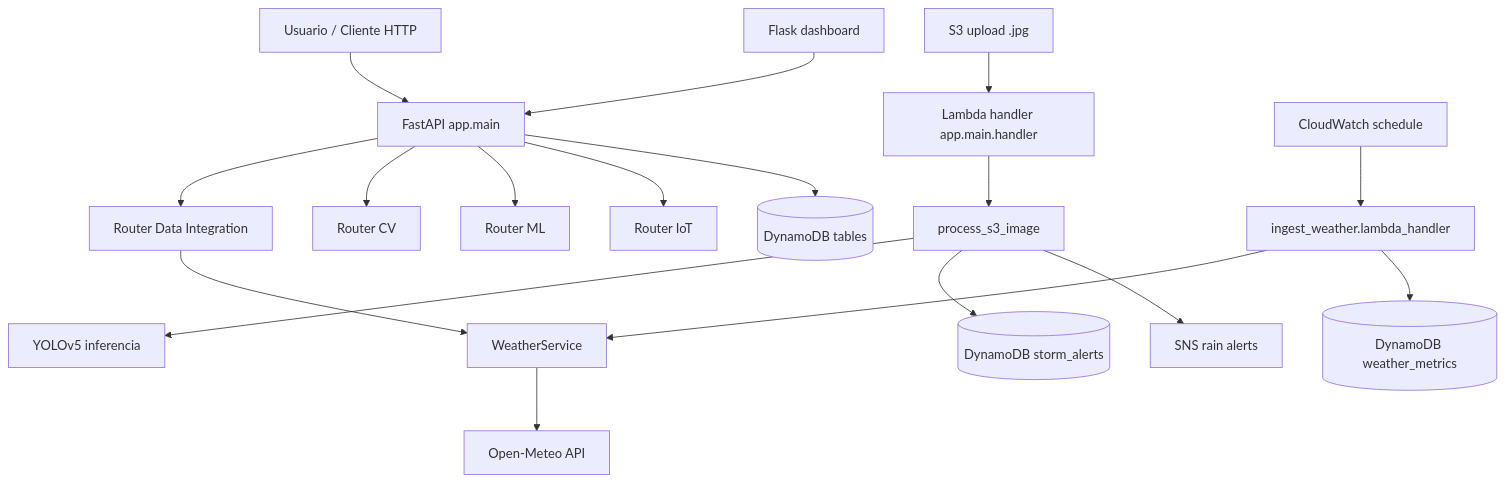
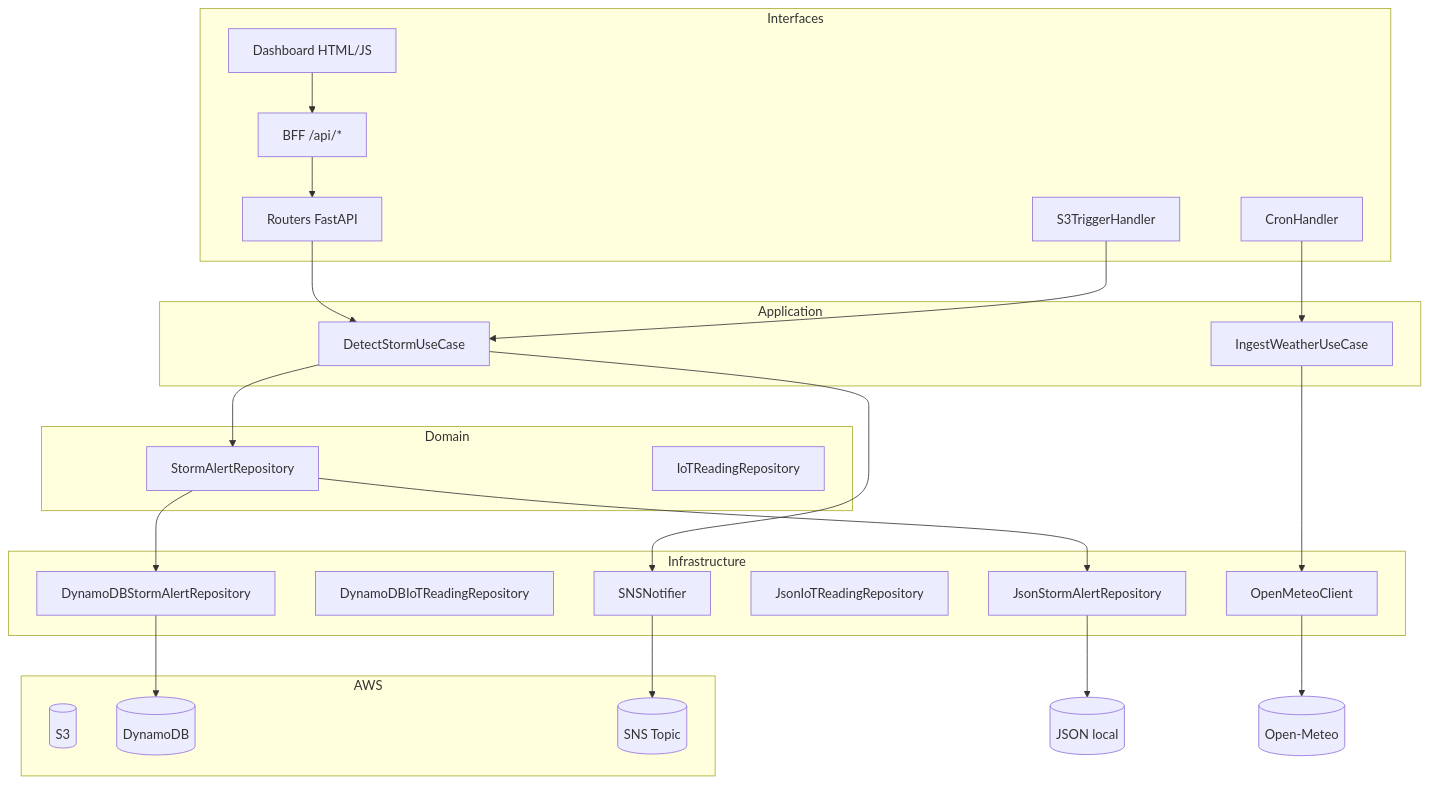
The diagram in .specs/codebase/ARCHITECTURE.md (Grupo-S-faculdade-FIAP/global-solution-2s), drawn with Mermaid before and after one commit. The commit also changed other lines of this file and 29 other files, not shown here.

````diff
--- a/.specs/codebase/ARCHITECTURE.md
+++ b/.specs/codebase/ARCHITECTURE.md
@@ -16,24 +86,46 @@
 ```mermaid
-graph TD
-    U[Usuario / Cliente HTTP] --> API[FastAPI app.main]
-    API --> R1[Router Data Integration]
-    API --> R2[Router CV]
-    API --> R3[Router ML]
-    API --> R4[Router IoT]
+flowchart TB
+    subgraph Interfaces
+        R[Routers FastAPI]
+        BFF[BFF /api/*]
+        S3H[S3TriggerHandler]
+        CRON[CronHandler]
+        UI[Dashboard HTML/JS]
+    end
 
-    R1 --> WM[WeatherService]
-    WM --> OM[Open-Meteo API]
+    subgraph Application
+        UC1[DetectStormUseCase]
+        UC2[IngestWeatherUseCase]
+    end
 
-    S3[S3 upload .jpg] --> H[Lambda handler app.main.handler]
-    H --> CVP[process_s3_image]
-    CVP --> Y[YOLOv5 inferencia]
-    CVP --> DDB[(DynamoDB storm_alerts)]
-    CVP --> SNS[SNS rain alerts]
+    subgraph Domain
+        P1[StormAlertRepository]
+        P2[IoTReadingRepository]
+    end
 
-    CRON[CloudWatch schedule] --> L[ingest_weather.lambda_handler]
-    L --> WM
-    L --> DDBW[(DynamoDB weather_metrics)]
+    subgraph Infrastructure
+        DB1[DynamoDBStormAlertRepository]
+        DB2[DynamoDBIoTReadingRepository]
+        J1[JsonStormAlertRepository]
+        J2[JsonIoTReadingRepository]
+        SNS[SNSNotifier]
+        OM[OpenMeteoClient]
+    end
 
-    API --> DB[(DynamoDB tables)]
-    DASH[Flask dashboard] --> API
+    subgraph AWS
+        S3[(S3)]
+        DDB[(DynamoDB)]
+        SNS2[(SNS Topic)]
+    end
+
+    UI --> BFF --> R
+    R --> UC1
+    S3H --> UC1
+    CRON --> UC2
+    UC1 --> P1 & SNS
+    P1 --> DB1 & J1
+    DB1 --> DDB
+    J1 --> JSON[(JSON local)]
+    SNS --> SNS2
+    UC2 --> OM --> API[(Open-Meteo)]
 ```
````
